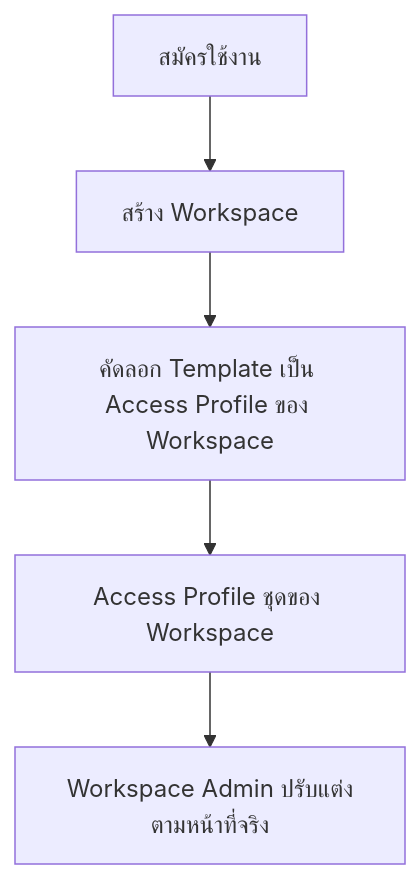
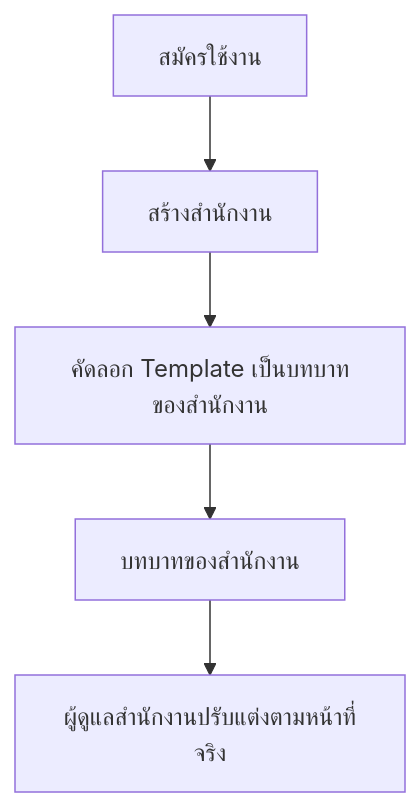
Before and after one commit to yukasung/mattersolv_docs: the second of 2 diagrams in docs/app/docs/roles/page.mdx, drawn with Mermaid. The commit also changed other lines of this file and 4 other files, not shown here.

````diff
--- a/docs/app/docs/roles/page.mdx
+++ b/docs/app/docs/roles/page.mdx
@@ -53,10 +61,10 @@
 ```mermaid
 flowchart TD
   Signup["สมัครใช้งาน"]
-  Create["สร้าง Workspace"]
-  Clone["คัดลอก Template เป็น Access Profile ของ Workspace"]
-  Own["Access Profile ชุดของ Workspace"]
-  Customize["Workspace Admin ปรับแต่งตามหน้าที่จริง"]
+  Create["สร้างสำนักงาน"]
+  Clone["คัดลอก Template เป็นบทบาทของสำนักงาน"]
+  Own["บทบาทของสำนักงาน"]
+  Customize["ผู้ดูแลสำนักงานปรับแต่งตามหน้าที่จริง"]
 
   Signup --> Create --> Clone --> Own --> Customize
 ```
````
